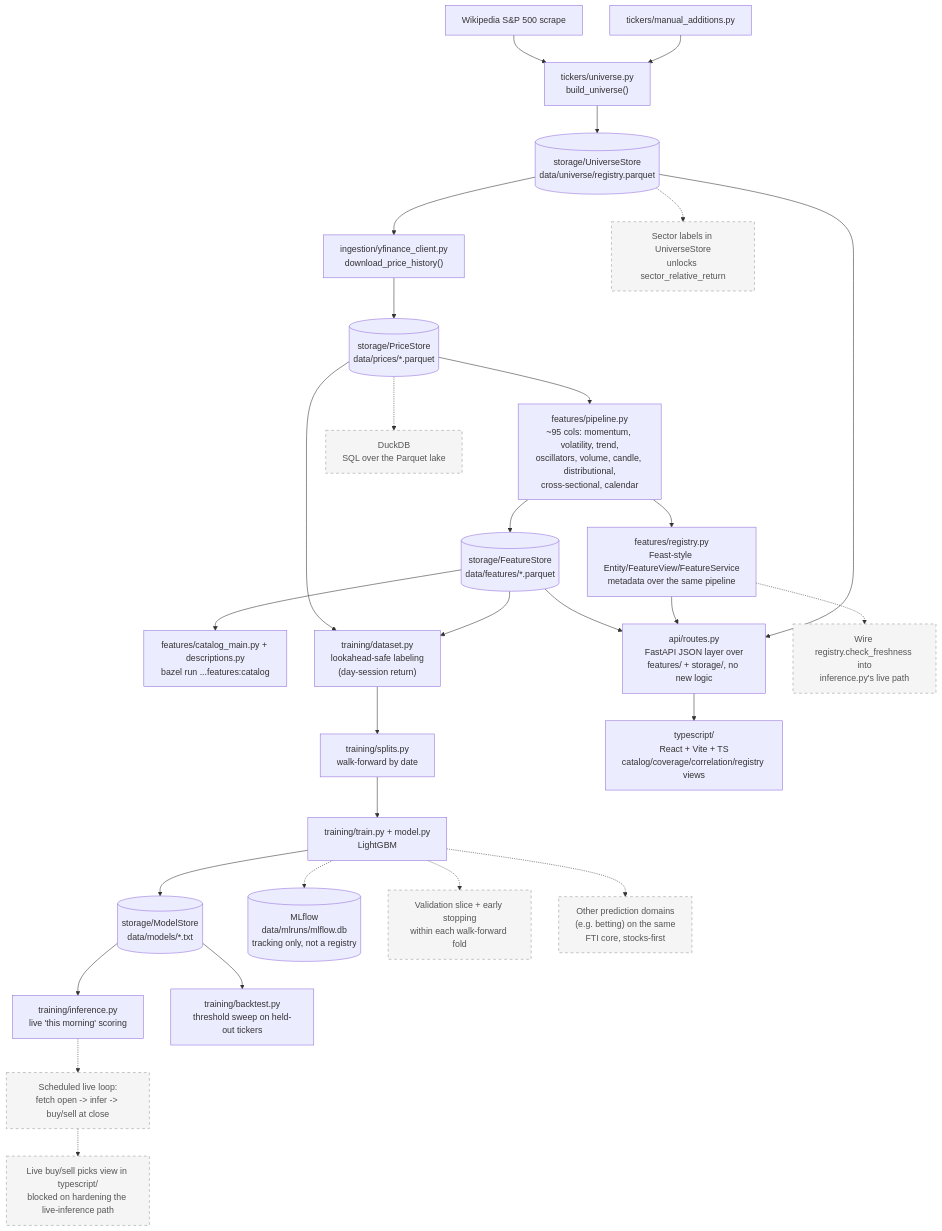
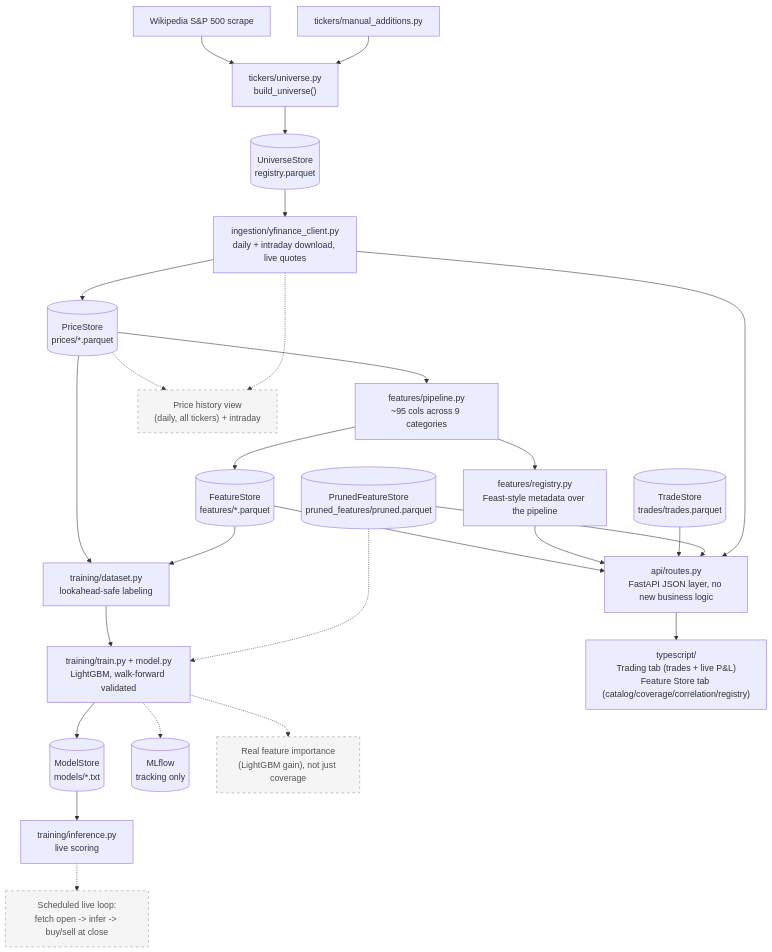
The diagram in README.md (fartzy/stock-picker), drawn with Mermaid before and after one commit. The commit also changed other lines of this file, not shown here.

First line of the commit message:
Rewrite README: concise, section-oriented, updated diagram (#6)

````diff
--- a/README.md
+++ b/README.md
@@ -11,66 +12,59 @@
 ```mermaid
 flowchart TB
     WIKI["Wikipedia S&amp;P 500 scrape"]
     MANUAL["tickers/manual_additions.py"]
     BUILDUNIV["tickers/universe.py<br/>build_universe()"]
-    YF["ingestion/yfinance_client.py<br/>download_price_history()"]
+    YF["ingestion/yfinance_client.py<br/>daily + intraday download, live quotes"]
 
-    US[("storage/UniverseStore<br/>data/universe/registry.parquet")]
-    PS[("storage/PriceStore<br/>data/prices/*.parquet")]
-    FS[("storage/FeatureStore<br/>data/features/*.parquet")]
-    MS[("storage/ModelStore<br/>data/models/*.txt")]
+    US[("UniverseStore<br/>registry.parquet")]
+    PS[("PriceStore<br/>prices/*.parquet")]
+    FS[("FeatureStore<br/>features/*.parquet")]
+    MS[("ModelStore<br/>models/*.txt")]
+    TS[("TradeStore<br/>trades/trades.parquet")]
+    PFS[("PrunedFeatureStore<br/>pruned_features/pruned.parquet")]
 
-    FEATPIPE["features/pipeline.py<br/>~95 cols: momentum, volatility, trend,<br/>oscillators, volume, candle, distributional,<br/>cross-sectional, calendar"]
-    CATALOG["features/catalog_main.py + descriptions.py<br/>bazel run ...features:catalog"]
-    REGISTRY["features/registry.py<br/>Feast-style Entity/FeatureView/FeatureService<br/>metadata over the same pipeline"]
+    FEATPIPE["features/pipeline.py<br/>~95 cols across 9 categories"]
+    REGISTRY["features/registry.py<br/>Feast-style metadata over the pipeline"]
 
-    DATASET["training/dataset.py<br/>lookahead-safe labeling<br/>(day-session return)"]
-    SPLITS["training/splits.py<br/>walk-forward by date"]
-    TRAIN["training/train.py + model.py<br/>LightGBM"]
-    INFER["training/inference.py<br/>live 'this morning' scoring"]
-    BACKTEST["training/backtest.py<br/>threshold sweep on held-out tickers"]
-    MLFLOW[("MLflow<br/>data/mlruns/mlflow.db<br/>tracking only, not a registry")]
+    DATASET["training/dataset.py<br/>lookahead-safe labeling"]
+    TRAIN["training/train.py + model.py<br/>LightGBM, walk-forward validated"]
+    INFER["training/inference.py<br/>live scoring"]
+    MLFLOW[("MLflow<br/>tracking only")]
 
-    API["api/routes.py<br/>FastAPI JSON layer over<br/>features/ + storage/, no new logic"]
-    WEB["typescript/<br/>React + Vite + TS<br/>catalog/coverage/correlation/registry views"]
+    API["api/routes.py<br/>FastAPI JSON layer, no new business logic"]
+    WEB["typescript/<br/>Trading tab (trades + live P&amp;L)<br/>Feature Store tab (catalog/coverage/correlation/registry)"]
 
     WIKI --> BUILDUNIV
     MANUAL --> BUILDUNIV
     BUILDUNIV --> US
     US --> YF
     YF --> PS
     PS --> FEATPIPE
     FEATPIPE --> FS
     PS --> DATASET
     FS --> DATASET
-    DATASET --> SPLITS --> TRAIN
+    DATASET --> TRAIN
     TRAIN --> MS
     TRAIN -.-> MLFLOW
     MS --> INFER
-    MS --> BACKTEST
-    FS --> CATALOG
+    PFS -.-> TRAIN
     FEATPIPE --> REGISTRY
     FS --> API
     REGISTRY --> API
-    US --> API
+    TS --> API
+    PFS --> API
+    YF --> API
     API --> WEB
 
-    SECTOR["Sector labels in UniverseStore<br/>unlocks sector_relative_return"]
-    VALSET["Validation slice + early stopping<br/>within each walk-forward fold"]
-    TTLCHECK["Wire registry.check_freshness into<br/>inference.py's live path"]
-    DUCKDB["DuckDB<br/>SQL over the Parquet lake"]
+    PRICEHIST["Price history view<br/>(daily, all tickers) + intraday"]
     LIVE["Scheduled live loop:<br/>fetch open -> infer -> buy/sell at close"]
-    PICKS["Live buy/sell picks view in typescript/<br/>blocked on hardening the live-inference path"]
-    MULTI["Other prediction domains<br/>(e.g. betting) on the same<br/>FTI core, stocks-first"]
+    IMPORTANCE["Real feature importance<br/>(LightGBM gain), not just coverage"]
 
-    US -.-> SECTOR
-    TRAIN -.-> VALSET
-    REGISTRY -.-> TTLCHECK
-    PS -.-> DUCKDB
+    PS -.-> PRICEHIST
+    YF -.-> PRICEHIST
     INFER -.-> LIVE
-    LIVE -.-> PICKS
-    TRAIN -.-> MULTI
+    TRAIN -.-> IMPORTANCE
 
     classDef planned stroke-dasharray: 5 5,fill:#f5f5f5,stroke:#999,color:#555;
-    class SECTOR,VALSET,TTLCHECK,DUCKDB,LIVE,PICKS,MULTI planned;
+    class PRICEHIST,LIVE,IMPORTANCE planned;
 ```
````
